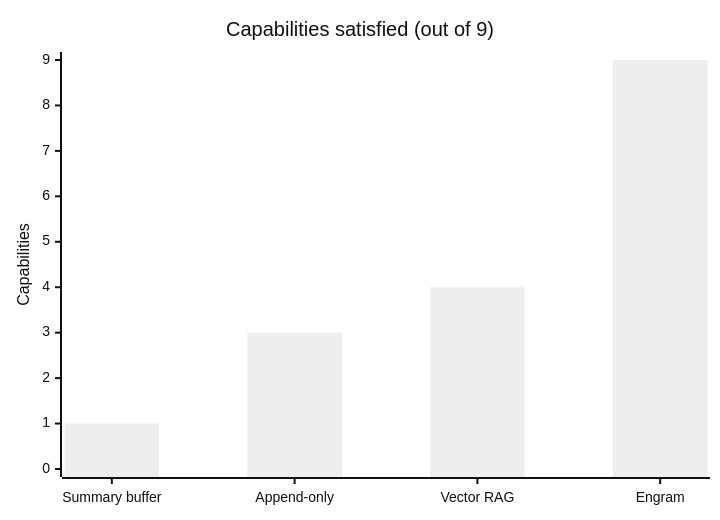
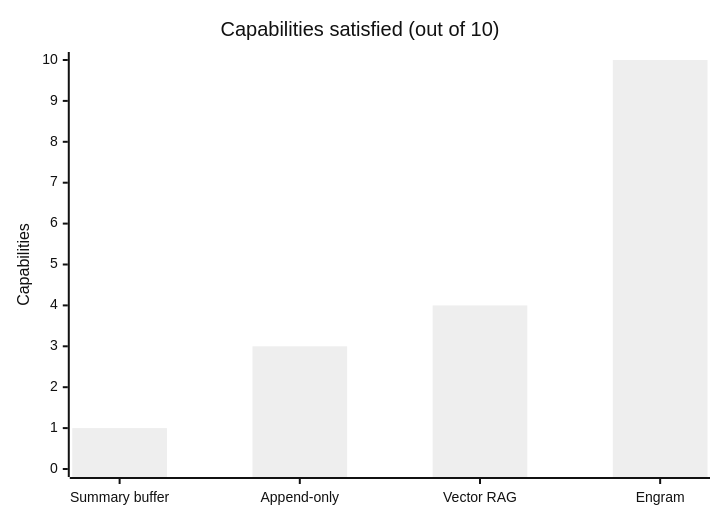
One commit to Aditya060806/Engram changed the second of 16 diagrams in README.md. Above: the diagram before and after it, drawn with Mermaid (neutral theme). The commit also changed other lines of this file, not shown here.

````diff
--- a/README.md
+++ b/README.md
@@ -128,7 +130,7 @@
 ```mermaid
 xychart-beta
-    title "Capabilities satisfied (out of 9)"
+    title "Capabilities satisfied (out of 10)"
     x-axis ["Summary buffer", "Append-only", "Vector RAG", "Engram"]
-    y-axis "Capabilities" 0 --> 9
-    bar [1, 3, 4, 9]
+    y-axis "Capabilities" 0 --> 10
+    bar [1, 3, 4, 10]
 ```
````
